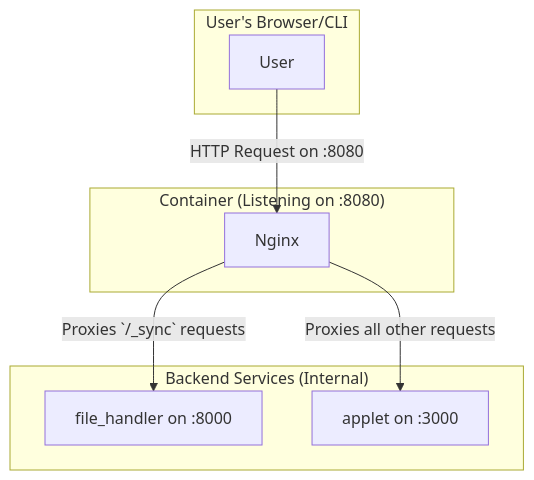
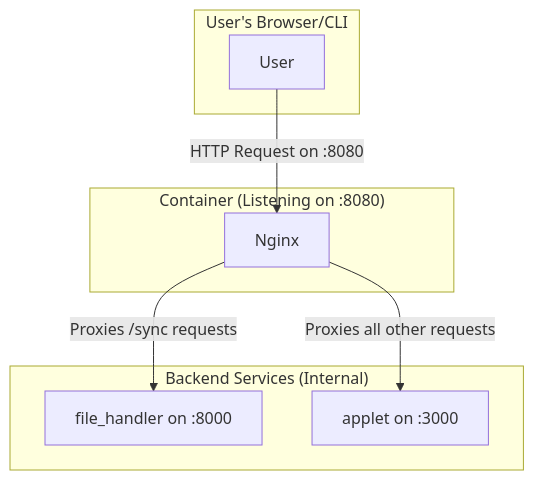
The diagram in README.md (smsohan/cloud-run-hot-reload), drawn with Mermaid before and after one commit.

Commit message:
fies diagram

````diff
--- a/README.md
+++ b/README.md
@@ -3,19 +3,19 @@
 ```mermaid
 graph TD
     subgraph "User's Browser/CLI"
         A[User]
     end
 
     subgraph "Container (Listening on :8080)"
         B[Nginx]
     end
 
     subgraph "Backend Services (Internal)"
         C[file_handler on :8000]
         D[applet on :3000]
     end
 
     A -- "HTTP Request on :8080" --> B
-    B -- "Proxies `/_sync` requests" --> C
+    B -- "Proxies /sync requests" --> C
     B -- "Proxies all other requests" --> D
 ```
````
